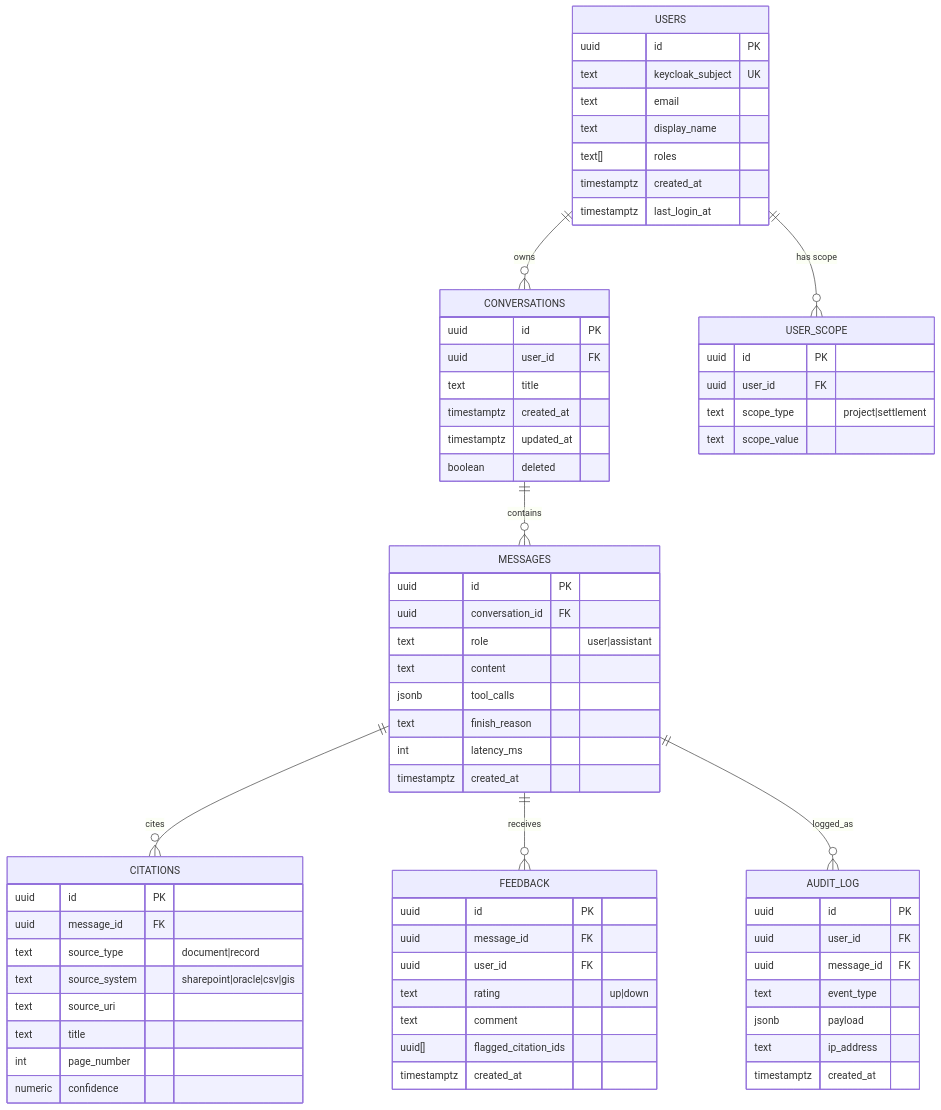
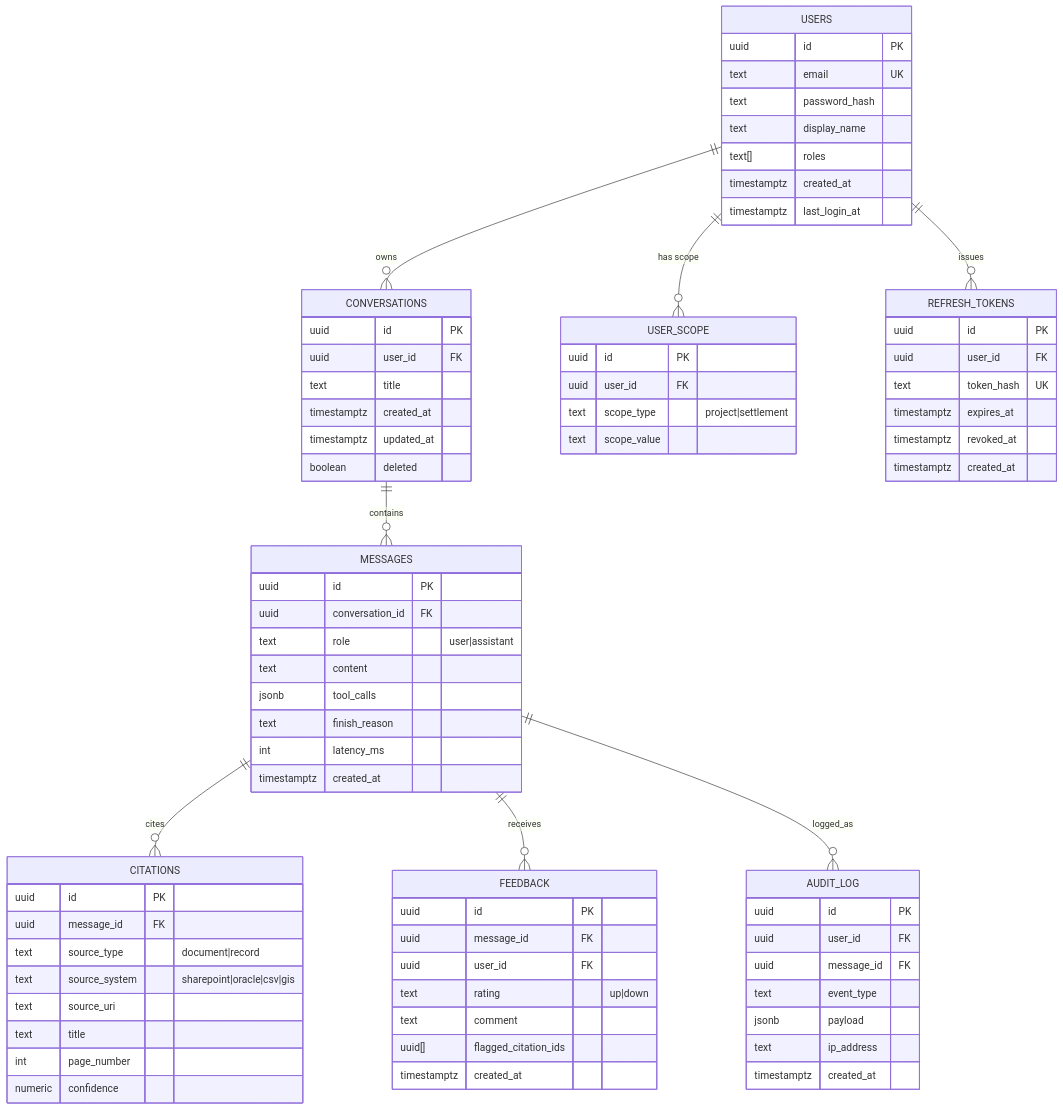
One commit to NdunaAI/KESO-AI changed the diagram in docs/04-data-model.md. Above: the diagram before and after it, drawn with Mermaid. The commit also changed other lines of this file and 52 other files, not shown here.

````diff
--- a/docs/04-data-model.md
+++ b/docs/04-data-model.md
@@ -12,71 +12,80 @@
 ```mermaid
 erDiagram
     USERS ||--o{ CONVERSATIONS : owns
     CONVERSATIONS ||--o{ MESSAGES : contains
     MESSAGES ||--o{ CITATIONS : cites
     MESSAGES ||--o{ FEEDBACK : receives
     MESSAGES ||--o{ AUDIT_LOG : logged_as
     USERS ||--o{ USER_SCOPE : "has scope"
 
     USERS {
         uuid id PK
-        text keycloak_subject UK
-        text email
+        text email UK
+        text password_hash
         text display_name
         text[] roles
         timestamptz created_at
         timestamptz last_login_at
     }
     USER_SCOPE {
         uuid id PK
         uuid user_id FK
         text scope_type "project|settlement"
         text scope_value
     }
+    REFRESH_TOKENS {
+        uuid id PK
+        uuid user_id FK
+        text token_hash UK
+        timestamptz expires_at
+        timestamptz revoked_at
+        timestamptz created_at
+    }
+    USERS ||--o{ REFRESH_TOKENS : issues
     CONVERSATIONS {
         uuid id PK
         uuid user_id FK
         text title
         timestamptz created_at
         timestamptz updated_at
         boolean deleted
     }
     MESSAGES {
         uuid id PK
         uuid conversation_id FK
         text role "user|assistant"
         text content
         jsonb tool_calls
         text finish_reason
         int latency_ms
         timestamptz created_at
     }
     CITATIONS {
         uuid id PK
         uuid message_id FK
         text source_type "document|record"
         text source_system "sharepoint|oracle|csv|gis"
         text source_uri
         text title
         int page_number
         numeric confidence
     }
     FEEDBACK {
         uuid id PK
         uuid message_id FK
         uuid user_id FK
         text rating "up|down"
         text comment
         uuid[] flagged_citation_ids
         timestamptz created_at
     }
     AUDIT_LOG {
         uuid id PK
         uuid user_id FK
         uuid message_id FK
         text event_type
         jsonb payload
         text ip_address
         timestamptz created_at
     }
 ```
````
